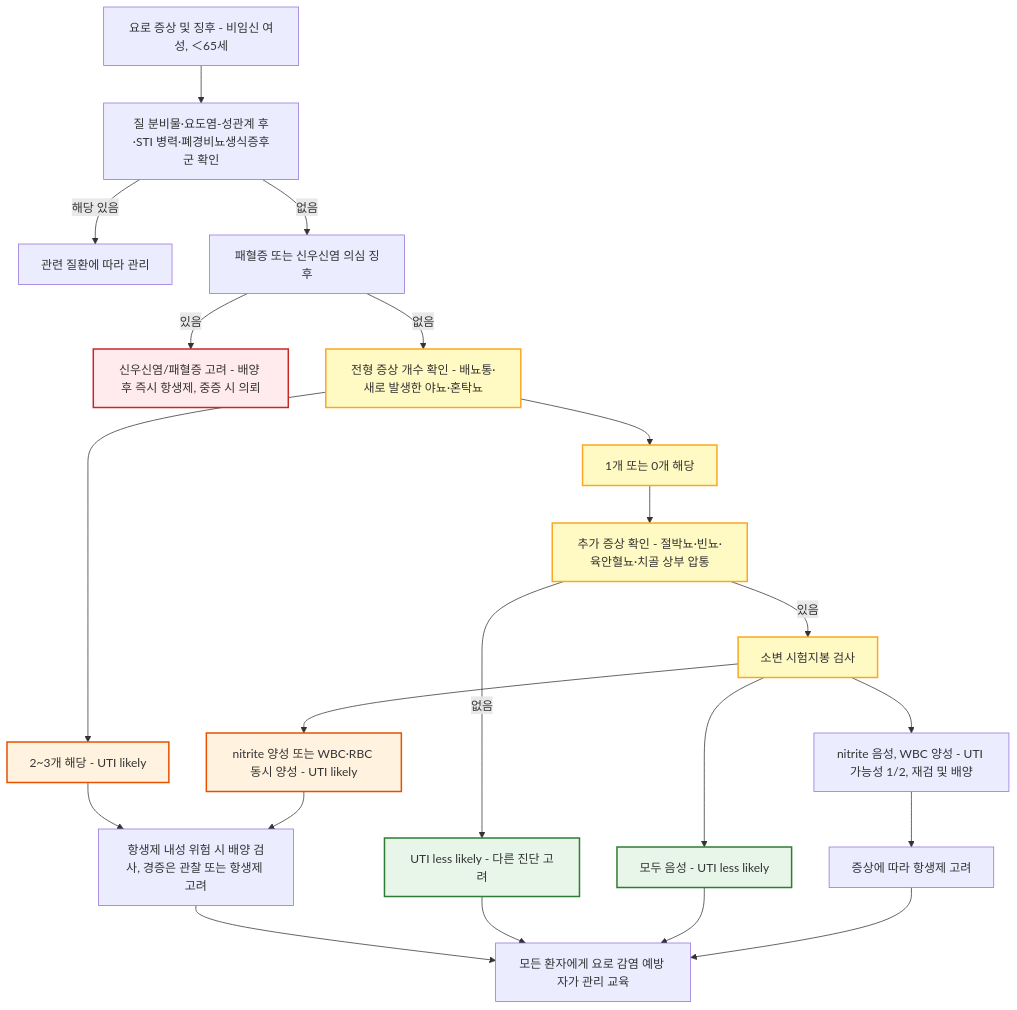
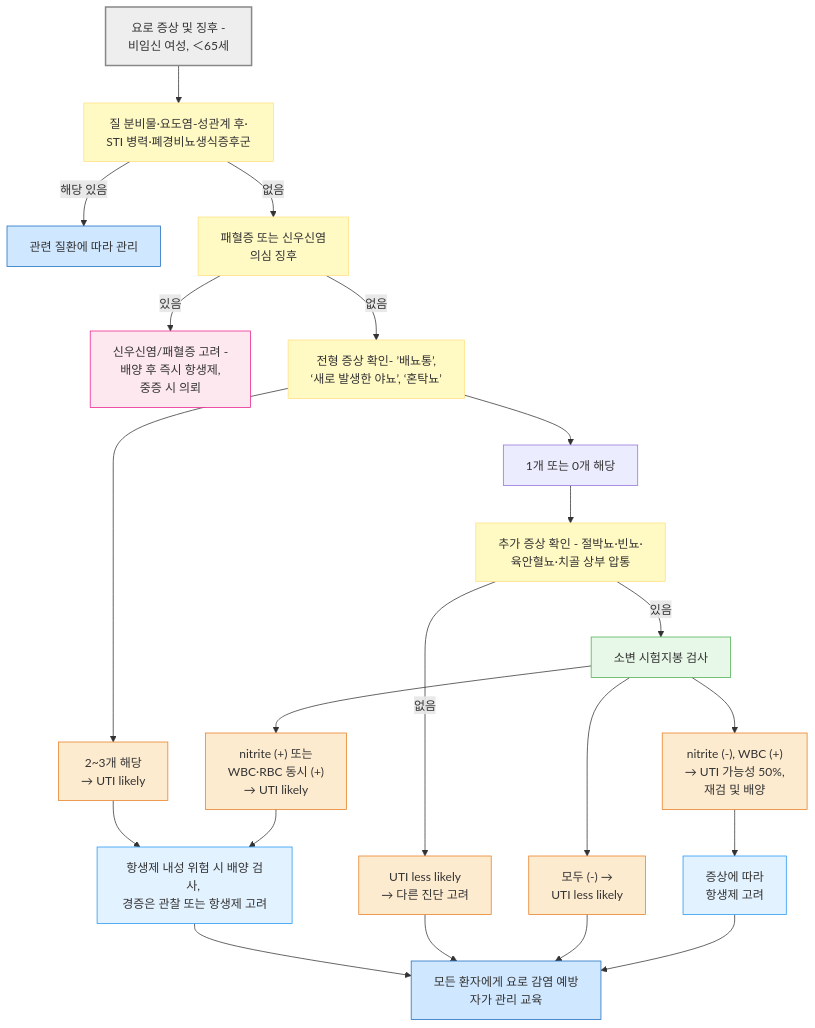
The first of 5 diagrams in 227_/113_-urinary-tract-infection.md (familyoh77/familyoh77), drawn with Mermaid before and after one commit.

Commit message:
GITBOOK-1290: No subject

````diff
--- a/227_/113_-urinary-tract-infection.md
+++ b/227_/113_-urinary-tract-infection.md
@@ -114,33 +114,38 @@
 ```mermaid
 graph TD
-    A["요로 증상 및 징후 - 비임신 여성, ＜65세"] --> B["질 분비물·요도염-성관계 후·STI 병력·폐경비뇨생식증후군 확인"]
+    A["요로 증상 및 징후 - <br/>비임신 여성, ＜65세"] --> 
+B["질 분비물·요도염-성관계 후·<br/>STI 병력·폐경비뇨생식증후군"]
     B -->|해당 있음| B1["관련 질환에 따라 관리"]
-    B -->|없음| C["패혈증 또는 신우신염 의심 징후"]
-    C -->|있음| C1["신우신염/패혈증 고려 - 배양 후 즉시 항생제, 중증 시 의뢰"]
-    C -->|없음| D["전형 증상 개수 확인 - 배뇨통·새로 발생한 야뇨·혼탁뇨"]
-    D --> E["2~3개 해당 - UTI likely"]
+    B -->|없음| C["패혈증 또는 신우신염 <br/>의심 징후"]
+    C -->|있음| C1["신우신염/패혈증 고려 - <br/>배양 후 즉시 항생제, <br/>중증 시 의뢰"]
+    C -->|없음| D["전형 증상 확인- ’배뇨통’, <br/>‘새로 발생한 야뇨’, ‘혼탁뇨’"]
+    D --> E["2~3개 해당 <br/>→ UTI likely"]
     D --> F["1개 또는 0개 해당"]
-    F --> G["추가 증상 확인 - 절박뇨·빈뇨·육안혈뇨·치골 상부 압통"]
-    G -->|없음| H["UTI less likely - 다른 진단 고려"]
+    F --> G["추가 증상 확인 - 절박뇨·빈뇨·<br/>육안혈뇨·치골 상부 압통"]
+    G -->|없음| H["UTI less likely <br/>→ 다른 진단 고려"]
     G -->|있음| I["소변 시험지봉 검사"]
-    I --> J["nitrite 양성 또는 WBC·RBC 동시 양성 - UTI likely"]
-    I --> K["nitrite 음성, WBC 양성 - UTI 가능성 1/2, 재검 및 배양"]
-    I --> L["모두 음성 - UTI less likely"]
-    E --> M["항생제 내성 위험 시 배양 검사, 경증은 관찰 또는 항생제 고려"]
+    I --> J["nitrite (+) 또는 <br/>WBC·RBC 동시 (+)<br/>→ UTI likely"]
+    I --> K["nitrite (-), WBC (+) <br/>→ UTI 가능성 50%, <br/>재검 및 배양"]
+    I --> L["모두 (-) →<br/>UTI less likely"]
+    E --> M["항생제 내성 위험 시 배양 검사, <br/>경증은 관찰 또는 항생제 고려"]
     J --> M
-    K --> N["증상에 따라 항생제 고려"]
-    M --> O["모든 환자에게 요로 감염 예방 자가 관리 교육"]
+    K --> N["증상에 따라 <br/>항생제 고려"]
+    M --> O["모든 환자에게 요로 감염 예방<br/> 자가 관리 교육"]
     H --> O
     L --> O
     N --> O
 
-    style C1 fill:#ffebee,stroke:#c62828,stroke-width:2px
-    style D fill:#fff9c4,stroke:#f9a825,stroke-width:2px
-    style F fill:#fff9c4,stroke:#f9a825,stroke-width:2px
-    style G fill:#fff9c4,stroke:#f9a825,stroke-width:2px
-    style I fill:#fff9c4,stroke:#f9a825,stroke-width:2px
-    style E fill:#fff3e0,stroke:#e65100,stroke-width:2px
-    style J fill:#fff3e0,stroke:#e65100,stroke-width:2px
-    style H fill:#e8f5e9,stroke:#2e7d32,stroke-width:2px
-    style L fill:#e8f5e9,stroke:#2e7d32,stroke-width:2px
+style A fill:#eeeeee,stroke:#888888,stroke-width:2px
+classDef yellow fill:#fff9c4,stroke:#ffe082
+class B,C,D,G yellow
+classDef lightGreen fill:#e8f8e8,stroke:#4caf50
+class I lightGreen
+classDef blue fill:#d0e8ff,stroke:#1a6abf
+class B1,O blue
+classDef pink fill:#fde8f0,stroke:#e91e8c
+class C1 pink
+classDef orange fill:#fdebd0,stroke:#e67e22
+class E,H,J,K,L orange
+classDef sky fill:#e3f2ff,stroke:#2196f3
+class N,M sky
 ```
````
